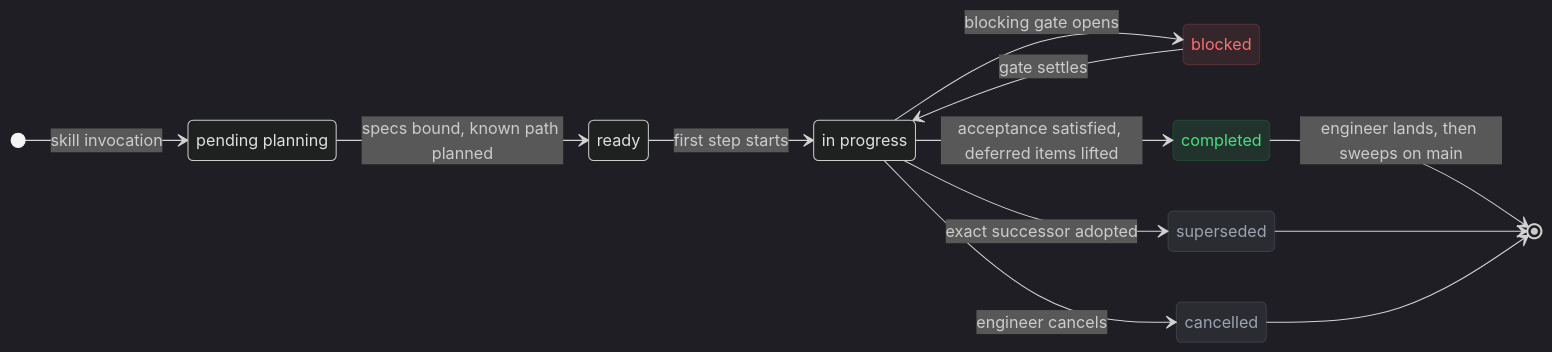
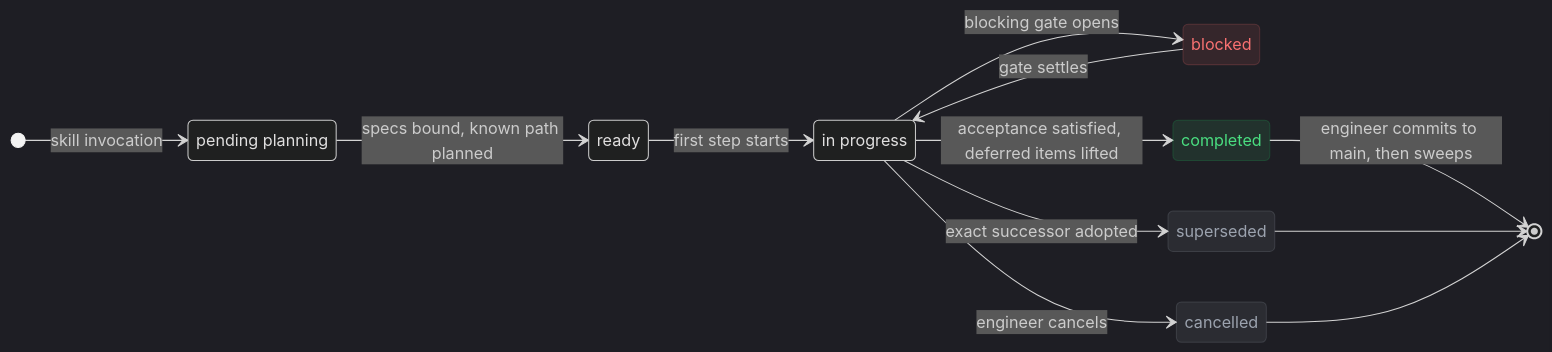
The fourth of 4 diagrams in README.md (pablofrommars/protodog), drawn with Mermaid before and after one commit. The commit also changed other lines of this file and 19 other files, not shown here.

````diff
--- a/README.md
+++ b/README.md
@@ -266,24 +275,24 @@
 ```mermaid
 %%{init: {'theme':'dark'}}%%
 stateDiagram-v2
     direction LR
     pending: pending planning
     inprogress: in progress
     [*] --> pending: skill invocation
     pending --> ready: specs bound, known path planned
     ready --> inprogress: first step starts
     inprogress --> blocked: blocking gate opens
     blocked --> inprogress: gate settles
     inprogress --> completed: acceptance satisfied, deferred items lifted
     inprogress --> superseded: exact successor adopted
     inprogress --> cancelled: engineer cancels
-    completed --> [*]: engineer lands, then sweeps on main
+    completed --> [*]: engineer commits to main, then sweeps
     superseded --> [*]
     cancelled --> [*]
     classDef done fill:#4ade801a,stroke:#22c55e33,color:#4ade80
     classDef attention fill:#f871711a,stroke:#f8717133,color:#f87171
     classDef closednm fill:#9ca3af1a,stroke:#9ca3af33,color:#9ca3af
     class completed done
     class blocked attention
     class superseded,cancelled closednm
 ```
````
